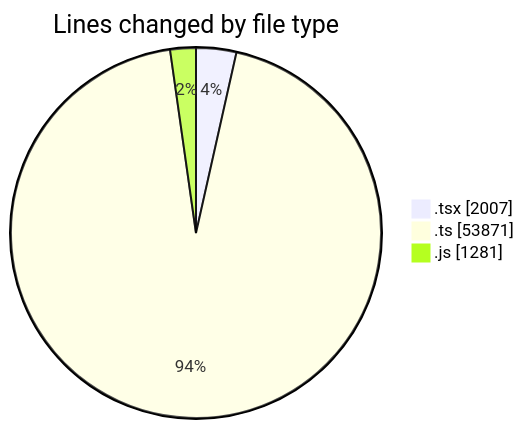
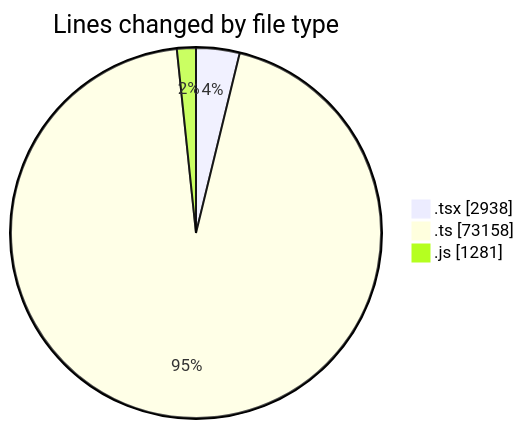
The first of 2 diagrams in 2026-11-09/cda/README.md (momahboobian/code-tracking), drawn with Mermaid before and after one commit. The commit also changed other lines of this file and 1 other file, not shown here.

````diff
--- a/2026-11-09/cda/README.md
+++ b/2026-11-09/cda/README.md
@@ -44,7 +52,7 @@
 ```mermaid
 pie showData
 title Lines changed by file type
-".tsx" : 2007
-".ts" : 53871
+".tsx" : 2938
+".ts" : 73158
 ".js" : 1281
 ```
````
